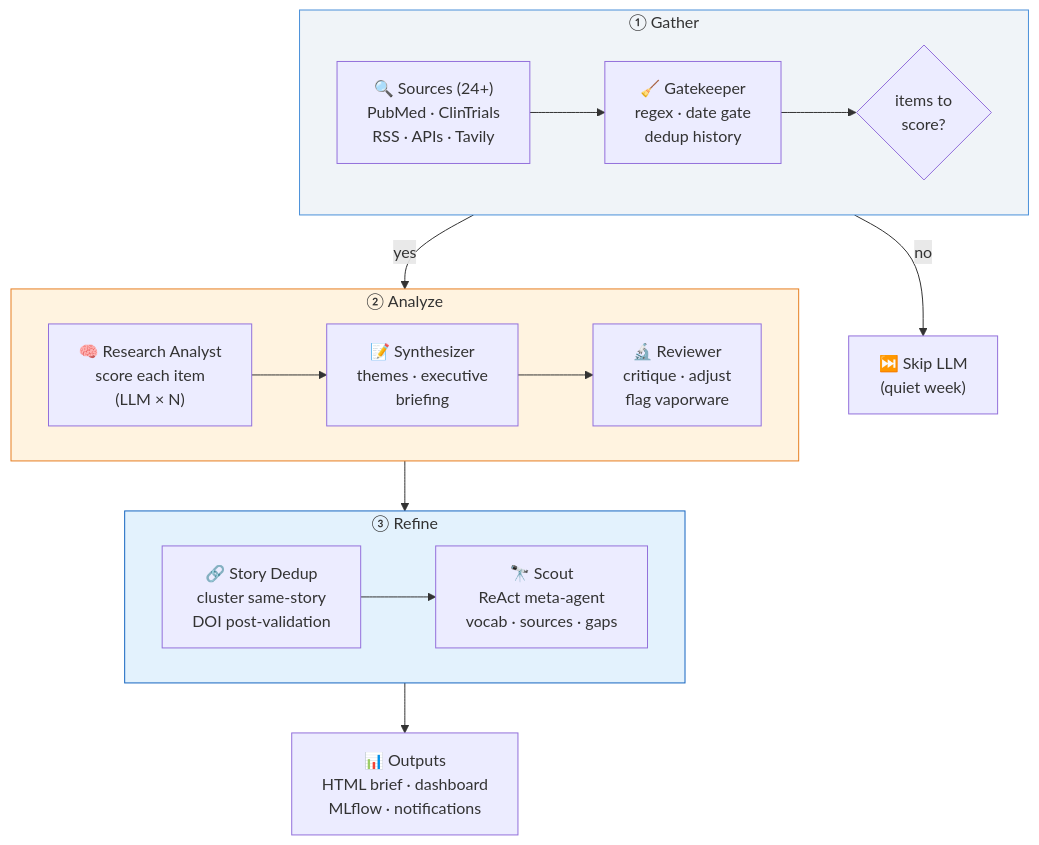
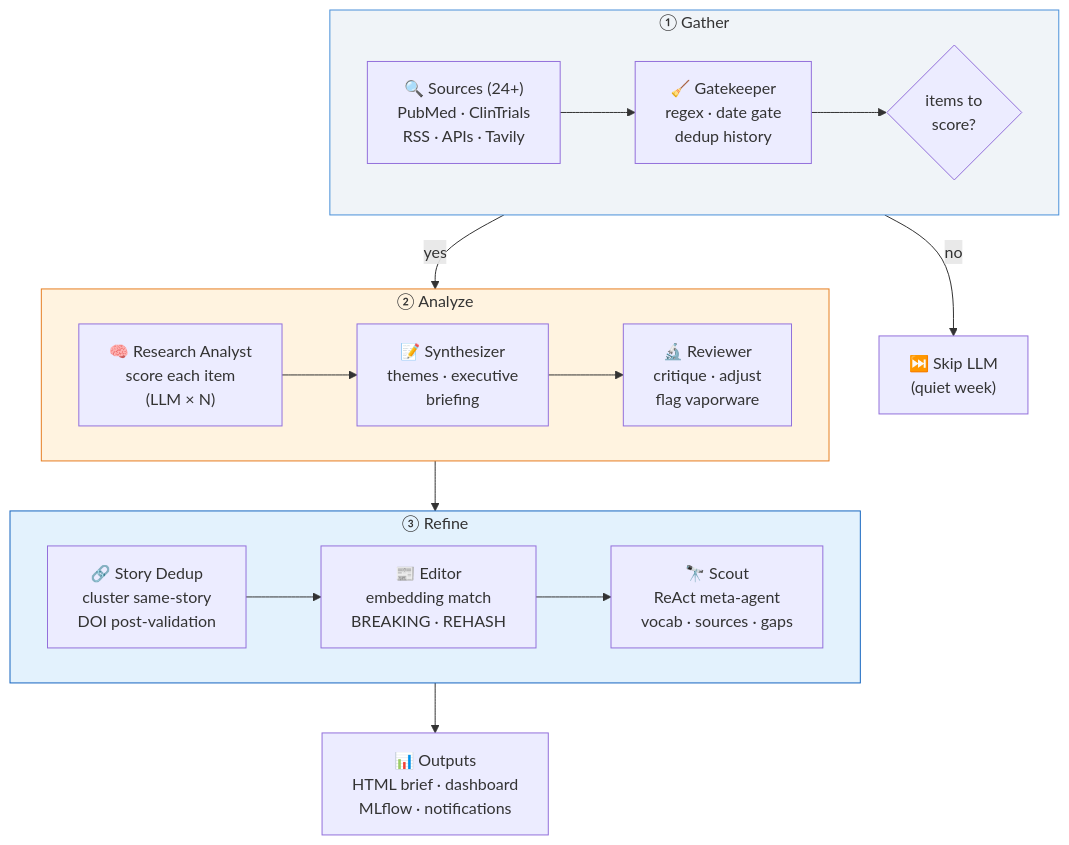
Before and after one commit to kgrajski/neurotech_newshound: the first of 4 diagrams in README.md, drawn with Mermaid. The commit also changed other lines of this file and 12 other files, not shown here.

First line of the commit message:
Phase 14: Editorial memory — embedding-based story classification

````diff
--- a/README.md
+++ b/README.md
@@ -69,28 +71,28 @@
 ```mermaid
 flowchart TD
     subgraph gather ["① Gather"]
         direction LR
         SRC["🔍 Sources (24+)<br>PubMed · ClinTrials<br>RSS · APIs · Tavily"] --> GK["🧹 Gatekeeper<br>regex · date gate<br>dedup history"] --> D1{items to<br>score?}
     end
 
     D1 -->|no| SKIP["⏭️ Skip LLM<br>(quiet week)"]
     D1 -->|yes| RA
 
     subgraph analyze ["② Analyze"]
         direction LR
         RA["🧠 Research Analyst<br>score each item<br>(LLM × N)"] --> SY["📝 Synthesizer<br>themes · executive<br>briefing"] --> RV["🔬 Reviewer<br>critique · adjust<br>flag vaporware"]
     end
 
     RV --> SD
 
     subgraph refine ["③ Refine"]
         direction LR
-        SD["🔗 Story Dedup<br>cluster same-story<br>DOI post-validation"] --> SC["🔭 Scout<br>ReAct meta-agent<br>vocab · sources · gaps"]
+        SD["🔗 Story Dedup<br>cluster same-story<br>DOI post-validation"] --> ED["📰 Editor<br>embedding match<br>BREAKING · REHASH"] --> SC["🔭 Scout<br>ReAct meta-agent<br>vocab · sources · gaps"]
     end
 
     SC --> OUT["📊 Outputs<br>HTML brief · dashboard<br>MLflow · notifications"]
 
     style gather fill:#f0f4f8,stroke:#4a90d9
     style analyze fill:#fff3e0,stroke:#e67e22
     style refine fill:#e3f2fd,stroke:#1565c0
 ```
````
